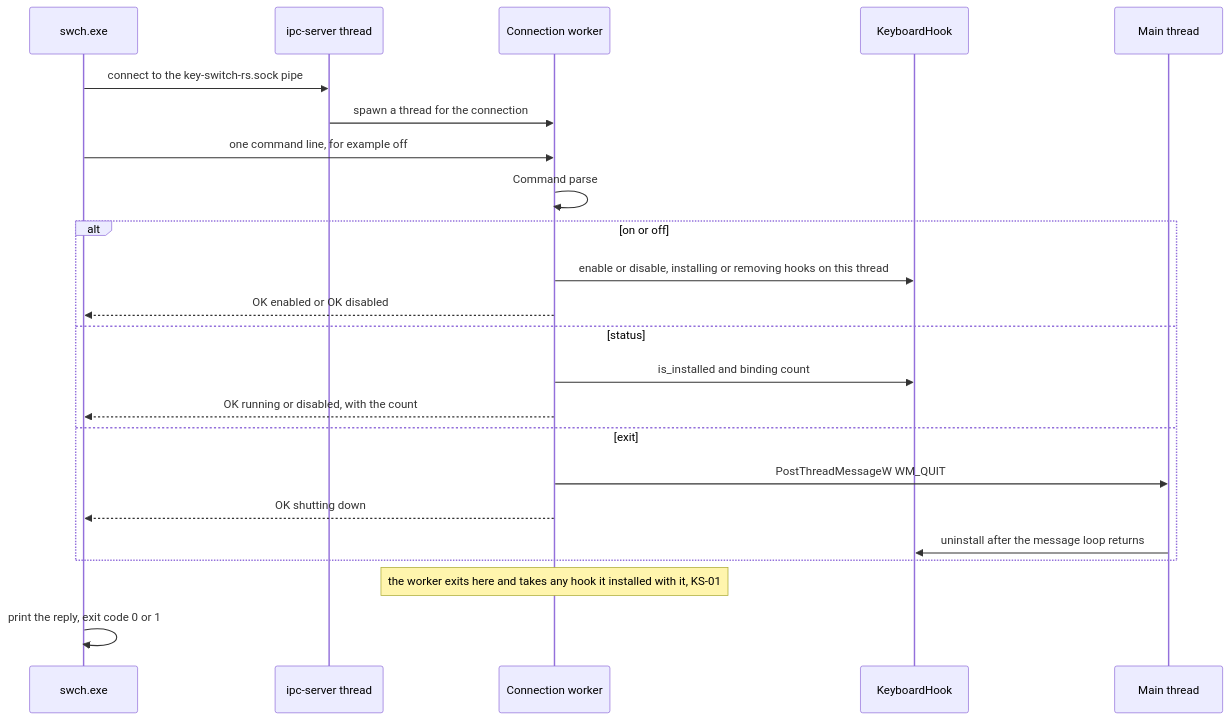
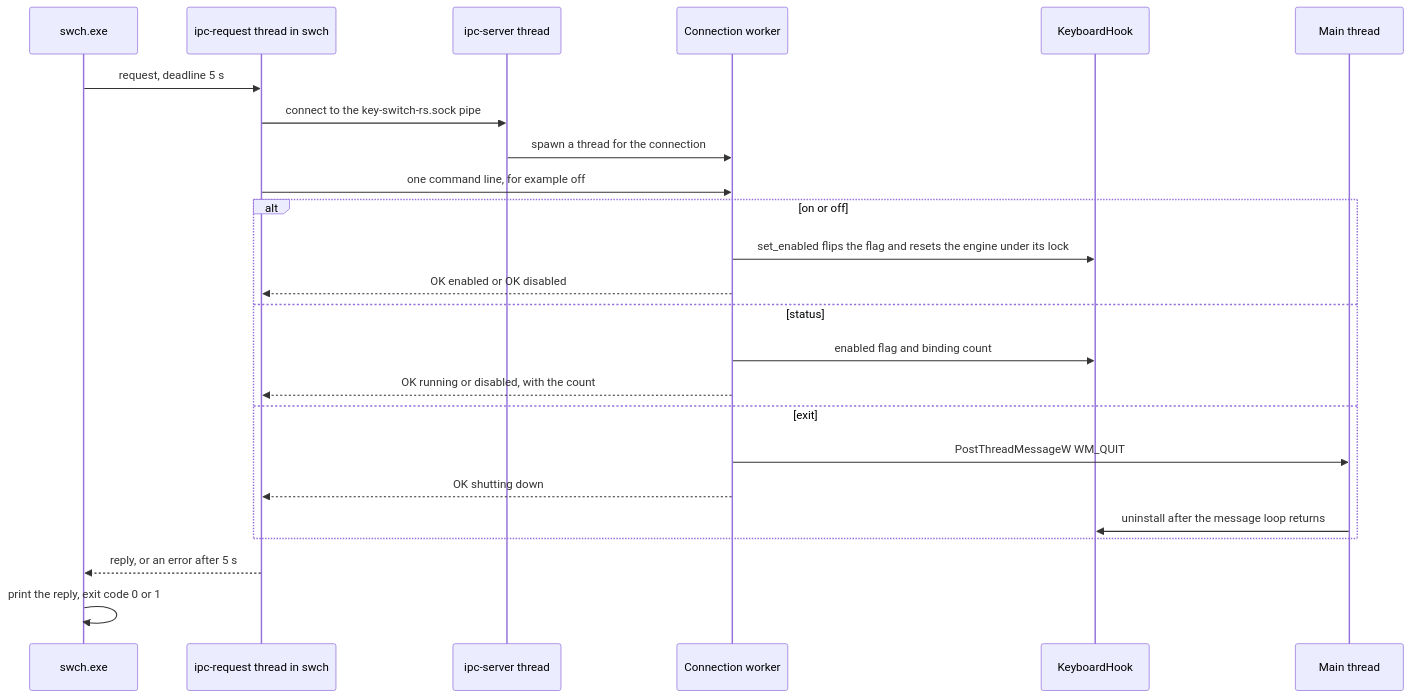
Before and after one commit to bluesteelll/key-switch-rs: the seventh of 7 diagrams in book/src/architecture.md, drawn with Mermaid. The commit also changed other lines of this file and 19 other files, not shown here.

First line of the commit message:
Book: describe master after roadmap Phase 0 (1dfd80a)

````diff
--- a/book/src/architecture.md
+++ b/book/src/architecture.md
@@ -457,25 +476,26 @@
 ```mermaid
 sequenceDiagram
     participant SW as swch.exe
+    participant RQ as ipc-request thread in swch
     participant PS as ipc-server thread
     participant WK as Connection worker
     participant KH as KeyboardHook
     participant MT as Main thread
-    SW->>PS: connect to the key-switch-rs.sock pipe
+    SW->>RQ: request, deadline 5 s
+    RQ->>PS: connect to the key-switch-rs.sock pipe
     PS->>WK: spawn a thread for the connection
-    SW->>WK: one command line, for example off
-    WK->>WK: Command parse
+    RQ->>WK: one command line, for example off
     alt on or off
-        WK->>KH: enable or disable, installing or removing hooks on this thread
-        WK-->>SW: OK enabled or OK disabled
+        WK->>KH: set_enabled flips the flag and resets the engine under its lock
+        WK-->>RQ: OK enabled or OK disabled
     else status
-        WK->>KH: is_installed and binding count
-        WK-->>SW: OK running or disabled, with the count
+        WK->>KH: enabled flag and binding count
+        WK-->>RQ: OK running or disabled, with the count
     else exit
         WK->>MT: PostThreadMessageW WM_QUIT
-        WK-->>SW: OK shutting down
+        WK-->>RQ: OK shutting down
         MT->>KH: uninstall after the message loop returns
     end
-    Note over WK: the worker exits here and takes any hook it installed with it, KS-01
+    RQ-->>SW: reply, or an error after 5 s
     SW->>SW: print the reply, exit code 0 or 1
 ```
````
